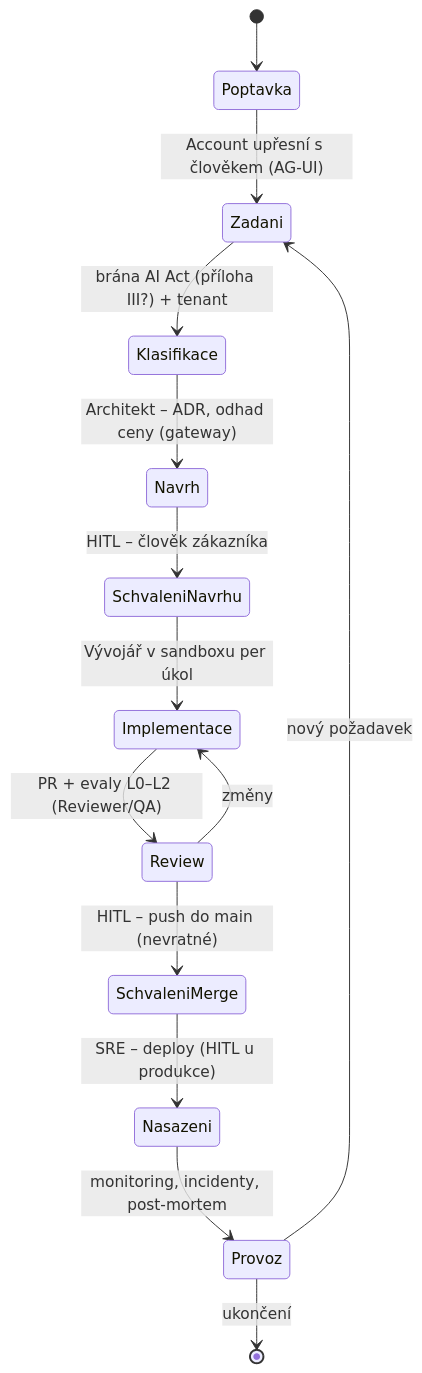
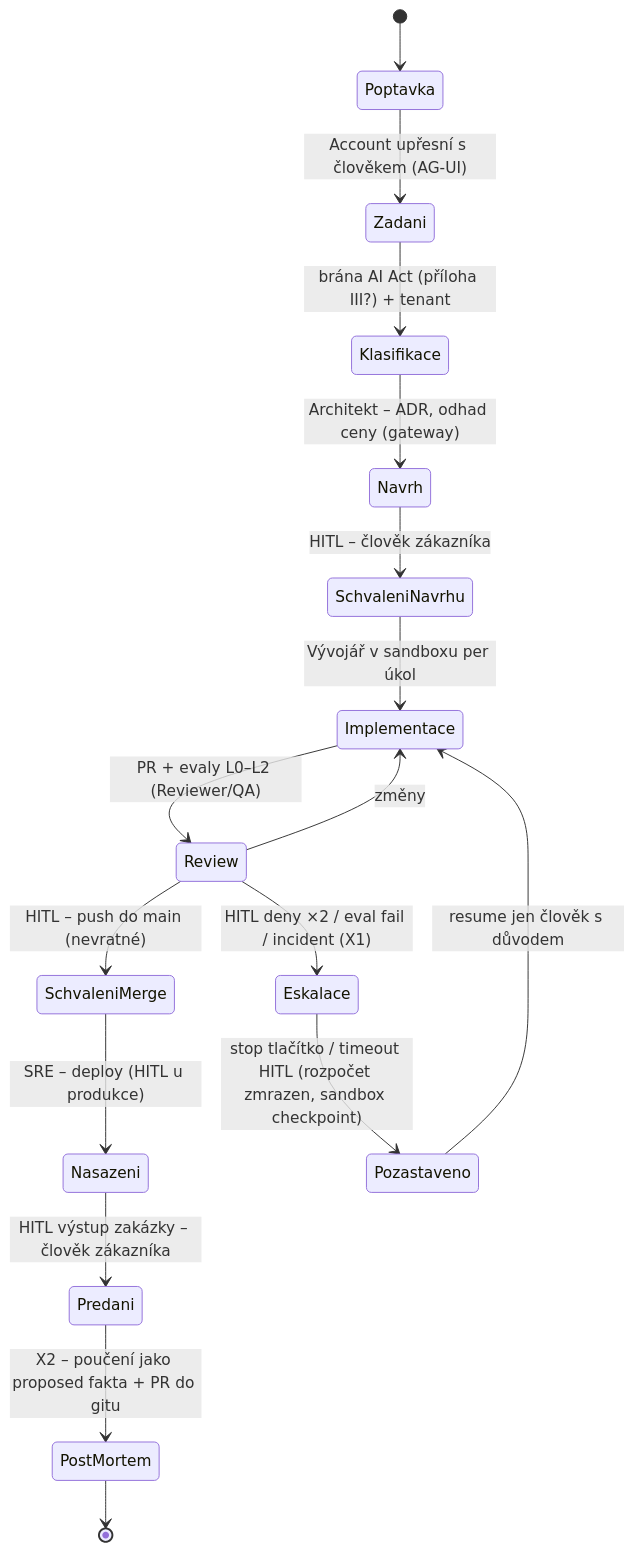
The diagram in knowledge/organization/overview.md (akczcz/adam), drawn with Mermaid before and after one commit. The commit also changed other lines of this file and 8 other files, not shown here.

````diff
--- a/knowledge/organization/overview.md
+++ b/knowledge/organization/overview.md
@@ -29,16 +29,19 @@
 ```mermaid
 stateDiagram-v2
     [*] --> Poptavka
     Poptavka --> Zadani: Account upřesní s člověkem (AG-UI)
     Zadani --> Klasifikace: brána AI Act (příloha III?) + tenant
     Klasifikace --> Navrh: Architekt – ADR, odhad ceny (gateway)
     Navrh --> SchvaleniNavrhu: HITL – člověk zákazníka
     SchvaleniNavrhu --> Implementace: Vývojář v sandboxu per úkol
     Implementace --> Review: PR + evaly L0–L2 (Reviewer/QA)
     Review --> Implementace: změny
     Review --> SchvaleniMerge: HITL – push do main (nevratné)
+    Review --> Eskalace: HITL deny ×2 / eval fail / incident (X1)
     SchvaleniMerge --> Nasazeni: SRE – deploy (HITL u produkce)
-    Nasazeni --> Provoz: monitoring, incidenty, post-mortem
-    Provoz --> Zadani: nový požadavek
-    Provoz --> [*]: ukončení
+    Nasazeni --> Predani: HITL výstup zakázky – člověk zákazníka
+    Predani --> PostMortem: X2 – poučení jako proposed fakta + PR do gitu
+    PostMortem --> [*]
+    Eskalace --> Pozastaveno: stop tlačítko / timeout HITL (rozpočet zmrazen, sandbox checkpoint)
+    Pozastaveno --> Implementace: resume jen člověk s důvodem
 ```
````
